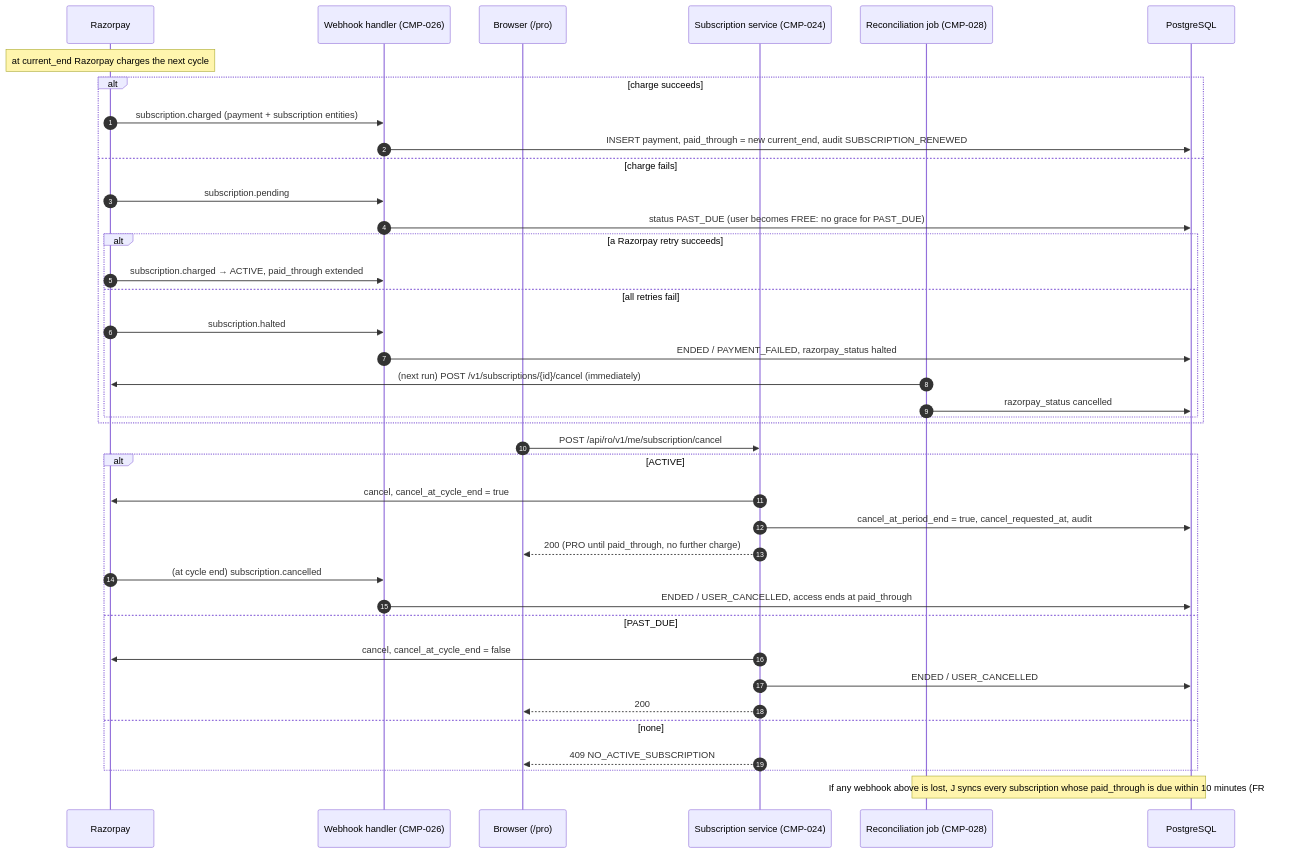
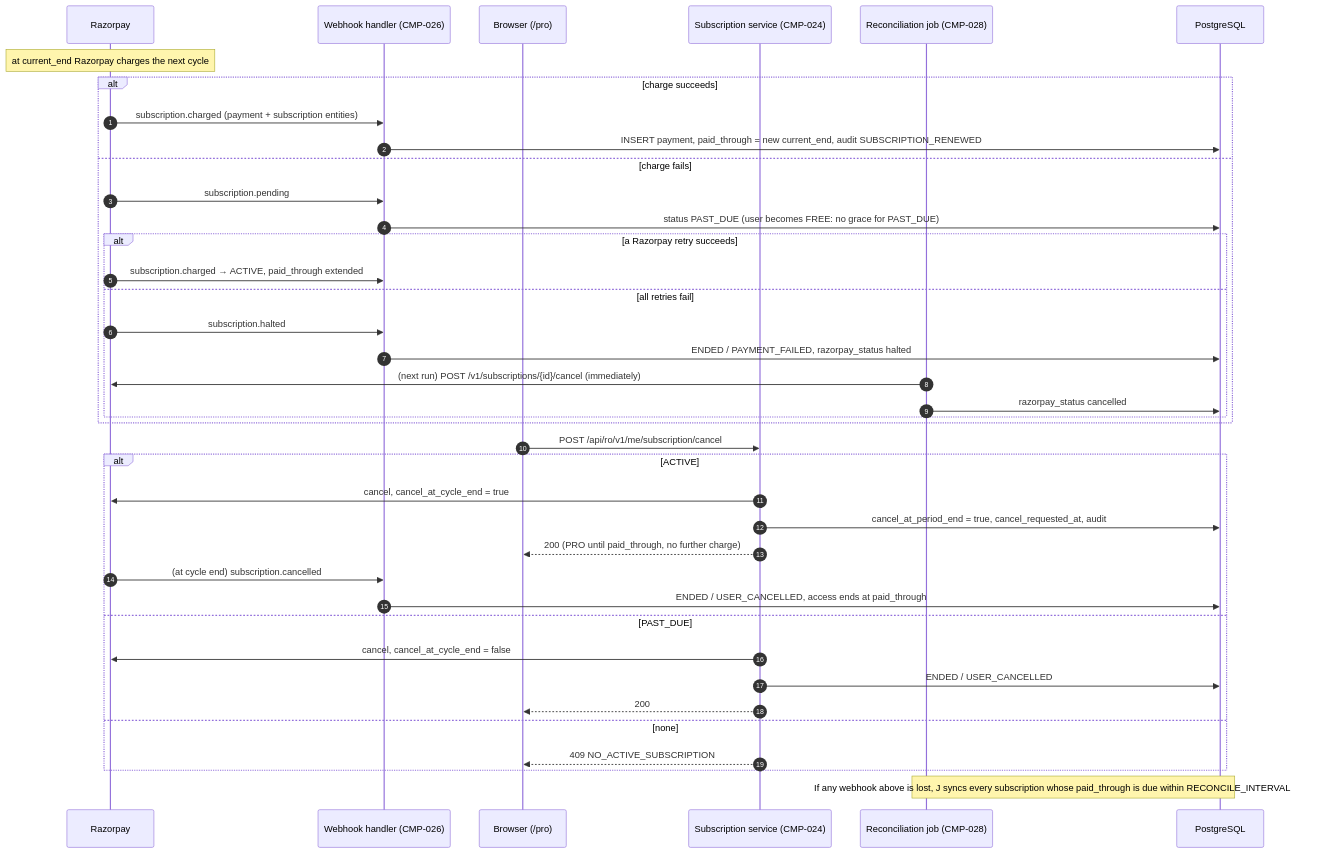
Before and after one commit to divii-school/spec-homework: the tenth of 14 diagrams in pranesh/spec.md, drawn with Mermaid. The commit also changed other lines of this file, not shown here.

Commit message:
improvement: rate limits, client and confirm polling, JWKS cache, clock skew, reconcile batch and alert windows named in §3.4; FRs point to NFR targets instead of restating them (build test B13, consistency §4)

````diff
--- a/pranesh/spec.md
+++ b/pranesh/spec.md
@@ -998,41 +1014,41 @@
 ```mermaid
 sequenceDiagram
   autonumber
   participant R as Razorpay
   participant W as Webhook handler (CMP-026)
   participant U as Browser (/pro)
   participant S as Subscription service (CMP-024)
   participant J as Reconciliation job (CMP-028)
   participant DB as PostgreSQL
   Note over R: at current_end Razorpay charges the next cycle
   alt charge succeeds
     R->>W: subscription.charged (payment + subscription entities)
     W->>DB: INSERT payment, paid_through = new current_end, audit SUBSCRIPTION_RENEWED
   else charge fails
     R->>W: subscription.pending
     W->>DB: status PAST_DUE (user becomes FREE: no grace for PAST_DUE)
     alt a Razorpay retry succeeds
       R->>W: subscription.charged → ACTIVE, paid_through extended
     else all retries fail
       R->>W: subscription.halted
       W->>DB: ENDED / PAYMENT_FAILED, razorpay_status halted
       J->>R: (next run) POST /v1/subscriptions/{id}/cancel (immediately)
       J->>DB: razorpay_status cancelled
     end
   end
   U->>S: POST /api/ro/v1/me/subscription/cancel
   alt ACTIVE
     S->>R: cancel, cancel_at_cycle_end = true
     S->>DB: cancel_at_period_end = true, cancel_requested_at, audit
     S-->>U: 200 (PRO until paid_through, no further charge)
     R->>W: (at cycle end) subscription.cancelled
     W->>DB: ENDED / USER_CANCELLED, access ends at paid_through
   else PAST_DUE
     S->>R: cancel, cancel_at_cycle_end = false
     S->>DB: ENDED / USER_CANCELLED
     S-->>U: 200
   else none
     S-->>U: 409 NO_ACTIVE_SUBSCRIPTION
   end
-  Note over J,DB: If any webhook above is lost, J syncs every subscription whose paid_through is due within 10 minutes (FR-032).
+  Note over J,DB: If any webhook above is lost, J syncs every subscription whose paid_through is due within RECONCILE_INTERVAL (FR-032).
 ```
````
